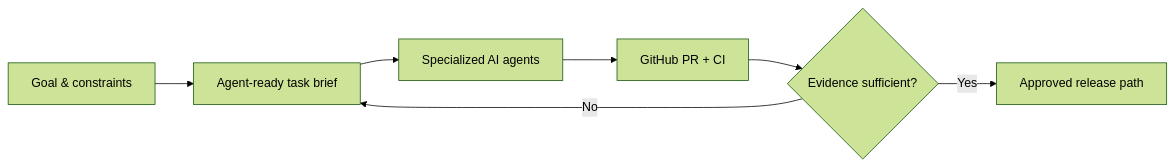
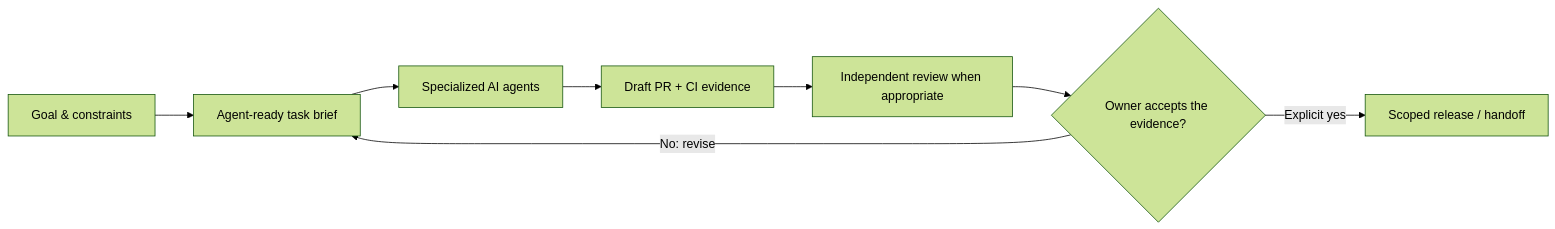
Before and after one commit to ruslanudintsev-ai/RuslanUdintsev-AI: the diagram in README.md, drawn with Mermaid (forest theme). The commit also changed other lines of this file and 10 other files, not shown here.

````diff
--- a/README.md
+++ b/README.md
@@ -62,9 +62,10 @@
 ```mermaid
 flowchart LR
     U["Goal & constraints"] --> P["Agent-ready task brief"]
     P --> A["Specialized AI agents"]
-    A --> G["GitHub PR + CI"]
-    G --> Q{"Evidence sufficient?"}
-    Q -->|No| P
-    Q -->|Yes| R["Approved release path"]
+    A --> G["Draft PR + CI evidence"]
+    G --> Q["Independent review when appropriate"]
+    Q --> D{"Owner accepts the evidence?"}
+    D -->|No: revise| P
+    D -->|Explicit yes| R["Scoped release / handoff"]
 ```
````
